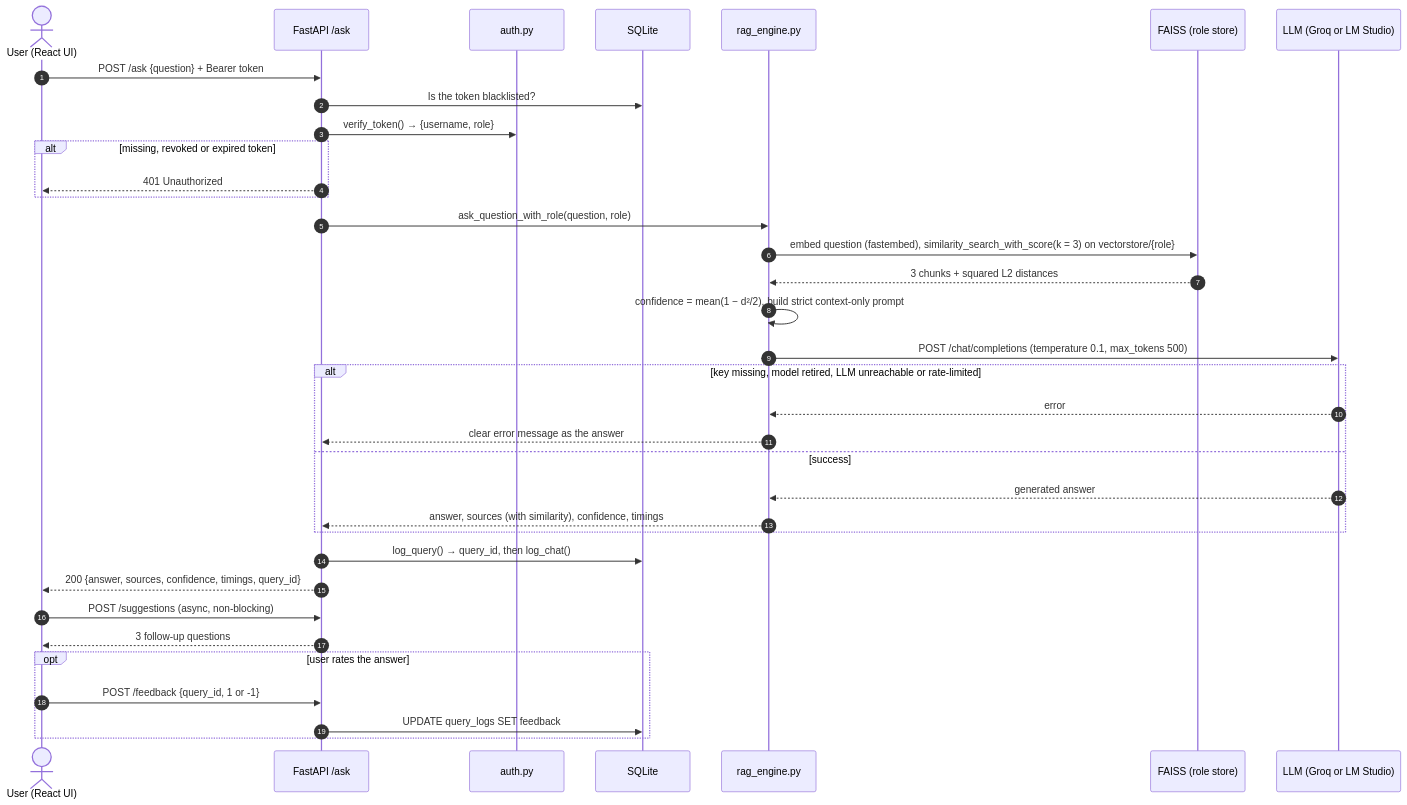
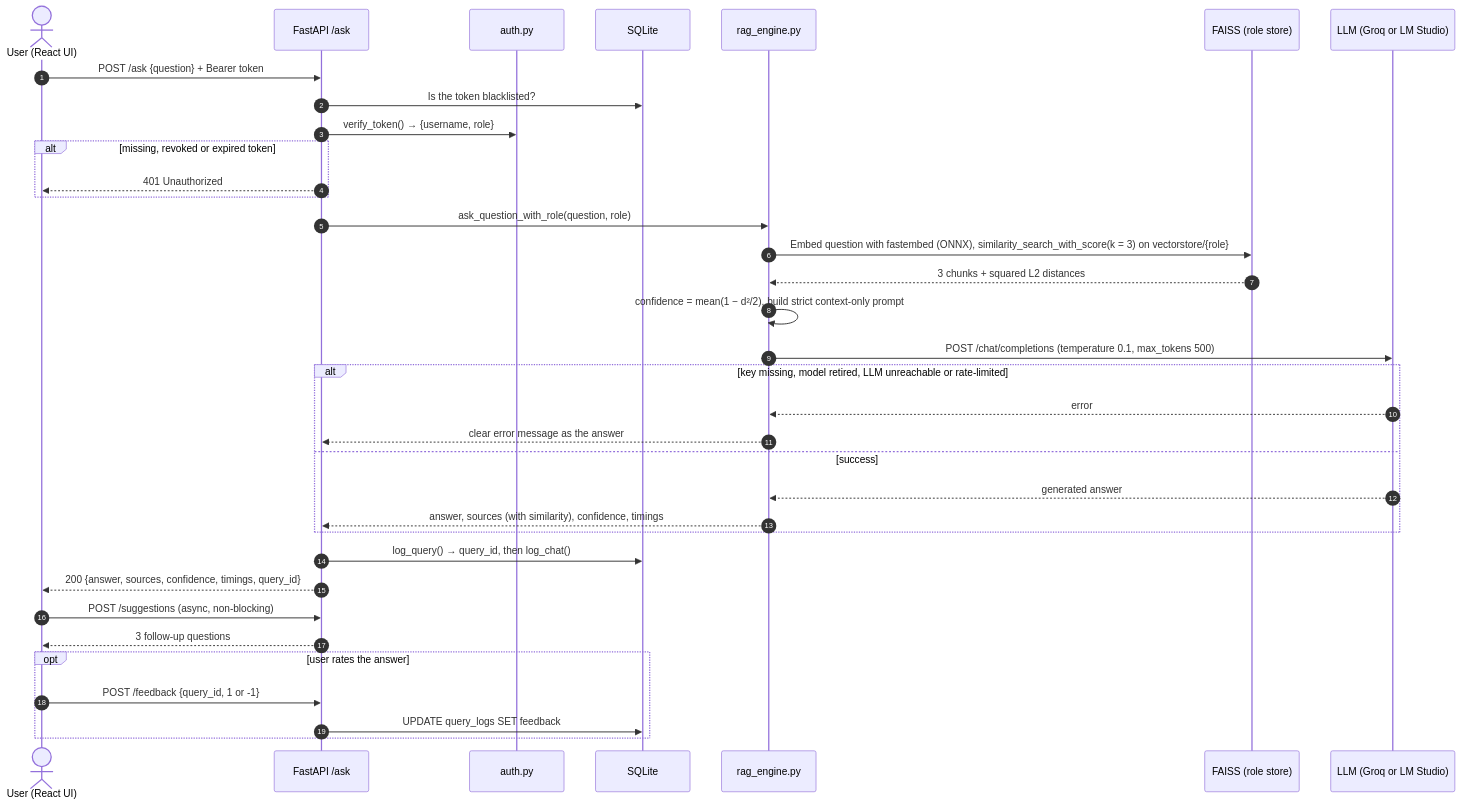
The second of 4 diagrams in README.md (GOPIKA-BTECH23/enterprise-rag-assistant), drawn with Mermaid before and after one commit. The commit also changed other lines of this file and 5 other files, not shown here.

````diff
--- a/README.md
+++ b/README.md
@@ -105,38 +107,38 @@
 ```mermaid
 sequenceDiagram
     autonumber
     actor U as User (React UI)
     participant A as FastAPI /ask
     participant J as auth.py
     participant D as SQLite
     participant R as rag_engine.py
     participant F as FAISS (role store)
     participant L as LLM (Groq or LM Studio)
 
     U->>A: POST /ask {question} + Bearer token
     A->>D: Is the token blacklisted?
     A->>J: verify_token() → {username, role}
     alt missing, revoked or expired token
         A-->>U: 401 Unauthorized
     end
     A->>R: ask_question_with_role(question, role)
-    R->>F: embed question (fastembed), similarity_search_with_score(k = 3) on vectorstore/{role}
+    R->>F: Embed question with fastembed (ONNX), similarity_search_with_score(k = 3) on vectorstore/{role}
     F-->>R: 3 chunks + squared L2 distances
     R->>R: confidence = mean(1 − d²/2), build strict context-only prompt
     R->>L: POST /chat/completions (temperature 0.1, max_tokens 500)
     alt key missing, model retired, LLM unreachable or rate-limited
         L-->>R: error
         R-->>A: clear error message as the answer
     else success
         L-->>R: generated answer
         R-->>A: answer, sources (with similarity), confidence, timings
     end
     A->>D: log_query() → query_id, then log_chat()
     A-->>U: 200 {answer, sources, confidence, timings, query_id}
     U->>A: POST /suggestions (async, non-blocking)
     A-->>U: 3 follow-up questions
     opt user rates the answer
         U->>A: POST /feedback {query_id, 1 or -1}
         A->>D: UPDATE query_logs SET feedback
     end
 ```
````
